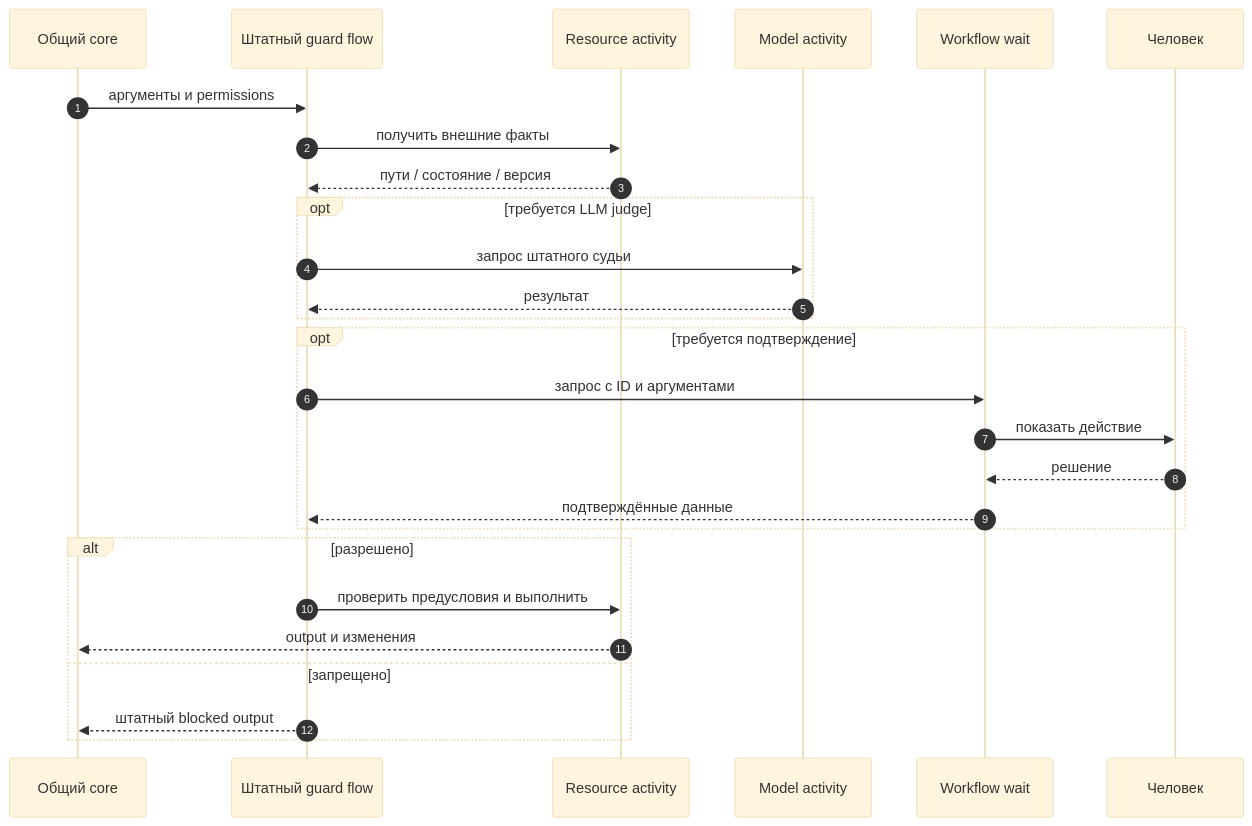
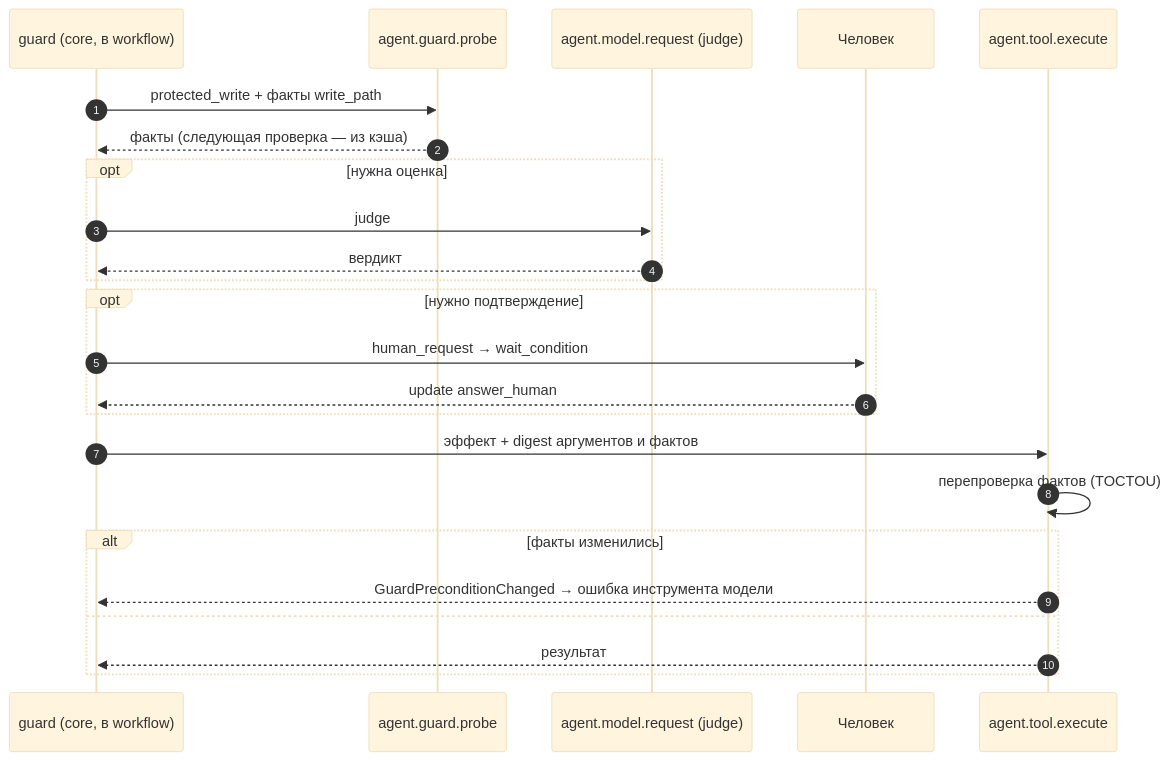
The sixth of 9 diagrams in docs/temporal-architecture.md (agens-universale/universal-agent), drawn with Mermaid (base theme) before and after one commit. The commit also changed other lines of this file and 196 other files, not shown here.

````diff
--- a/docs/temporal-architecture.md
+++ b/docs/temporal-architecture.md
@@ -281,29 +280,26 @@
 ```mermaid
 sequenceDiagram
     autonumber
-    participant L as Общий core
-    participant G as Штатный guard flow
-    participant R as Resource activity
-    participant M as Model activity
-    participant W as Workflow wait
+    participant G as guard (core, в workflow)
+    participant P as agent.guard.probe
+    participant J as agent.model.request (judge)
     participant H as Человек
-    L->>G: аргументы и permissions
-    G->>R: получить внешние факты
-    R-->>G: пути / состояние / версия
-    opt требуется LLM judge
-        G->>M: запрос штатного судьи
-        M-->>G: результат
+    participant T as agent.tool.execute
+    G->>P: protected_write + факты write_path
+    P-->>G: факты (следующая проверка — из кэша)
+    opt нужна оценка
+        G->>J: judge
+        J-->>G: вердикт
     end
-    opt требуется подтверждение
-        G->>W: запрос с ID и аргументами
-        W->>H: показать действие
-        H-->>W: решение
-        W-->>G: подтверждённые данные
+    opt нужно подтверждение
+        G->>H: human_request → wait_condition
+        H-->>G: update answer_human
     end
-    alt разрешено
-        G->>R: проверить предусловия и выполнить
-        R-->>L: output и изменения
-    else запрещено
-        G-->>L: штатный blocked output
+    G->>T: эффект + digest аргументов и фактов
+    T->>T: перепроверка фактов (TOCTOU)
+    alt факты изменились
+        T-->>G: GuardPreconditionChanged → ошибка инструмента модели
+    else
+        T-->>G: результат
     end
 ```
````
